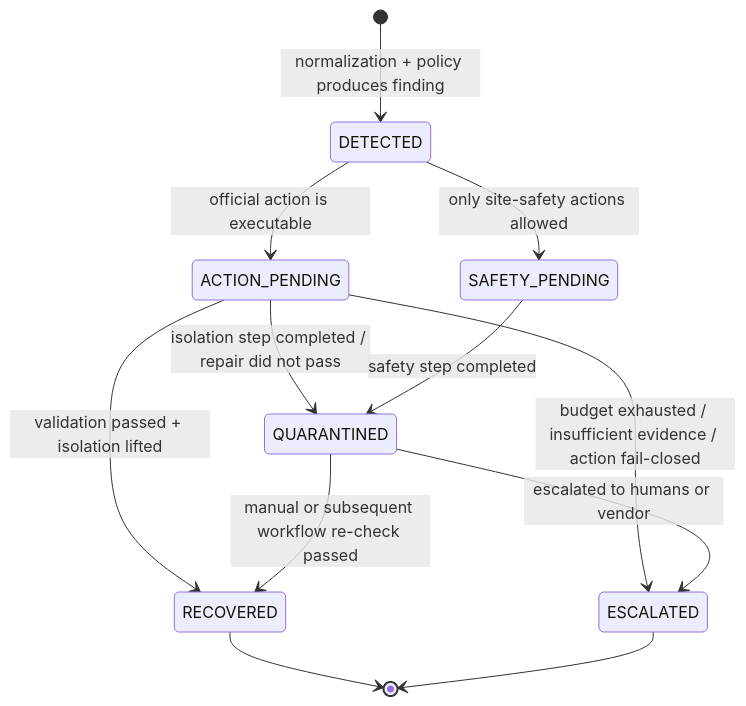
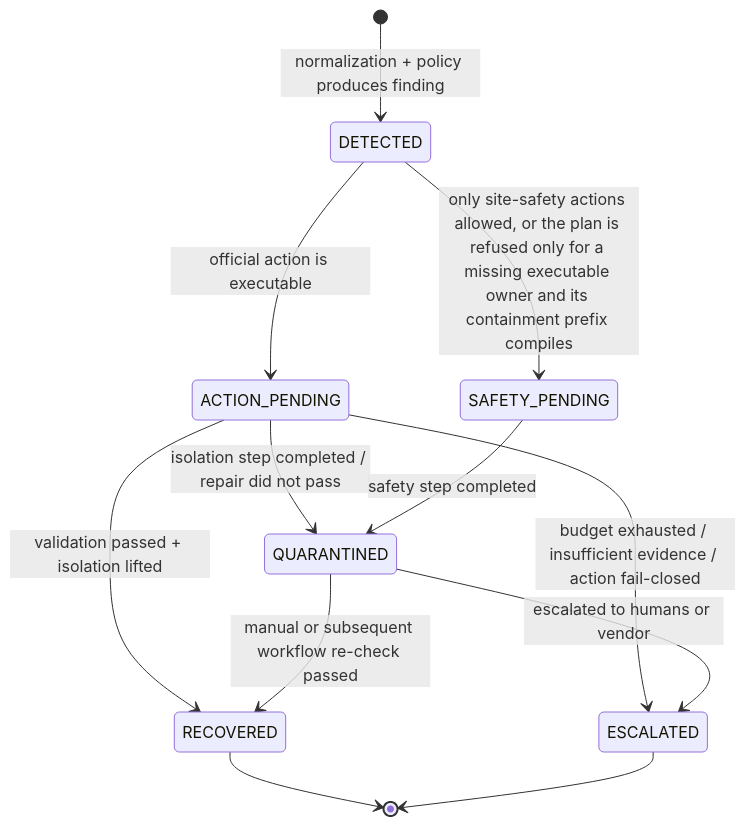
One commit to yuhuiaws/GPU-Fault-Recovery-System changed the fourth of 5 diagrams in docs/en/high-level-design-v2.md. Above: the diagram before and after it, drawn with Mermaid. The commit also changed 31 other files, not shown here.

````diff
--- a/docs/en/high-level-design-v2.md
+++ b/docs/en/high-level-design-v2.md
@@ -489,14 +489,14 @@
 ```mermaid
 stateDiagram-v2
     [*] --> DETECTED: normalization + policy produces finding
     DETECTED --> ACTION_PENDING: official action is executable
-    DETECTED --> SAFETY_PENDING: only site-safety actions allowed
+    DETECTED --> SAFETY_PENDING: only site-safety actions allowed, or the plan is refused only for a missing executable owner and its containment prefix compiles
     ACTION_PENDING --> QUARANTINED: isolation step completed / repair did not pass
     SAFETY_PENDING --> QUARANTINED: safety step completed
     ACTION_PENDING --> RECOVERED: validation passed + isolation lifted
     QUARANTINED --> RECOVERED: manual or subsequent workflow re-check passed
     ACTION_PENDING --> ESCALATED: budget exhausted / insufficient evidence / action fail-closed
     QUARANTINED --> ESCALATED: escalated to humans or vendor
     RECOVERED --> [*]
     ESCALATED --> [*]
 ```
````
